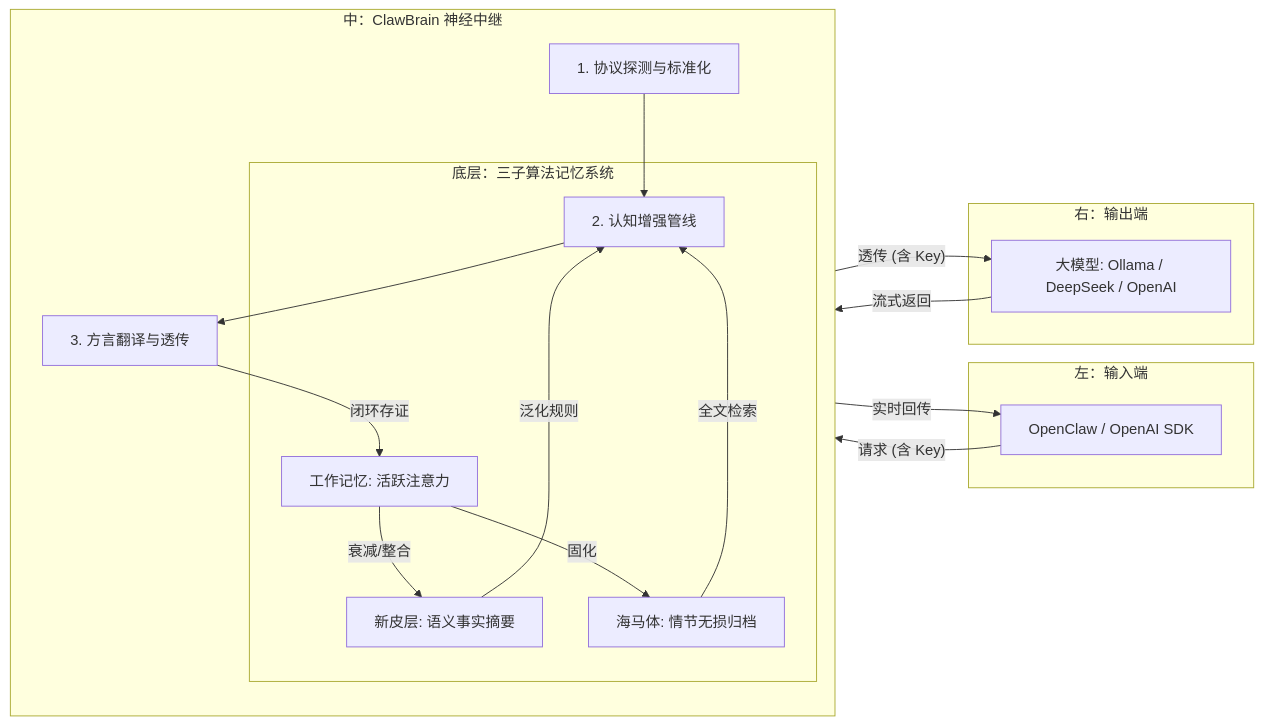
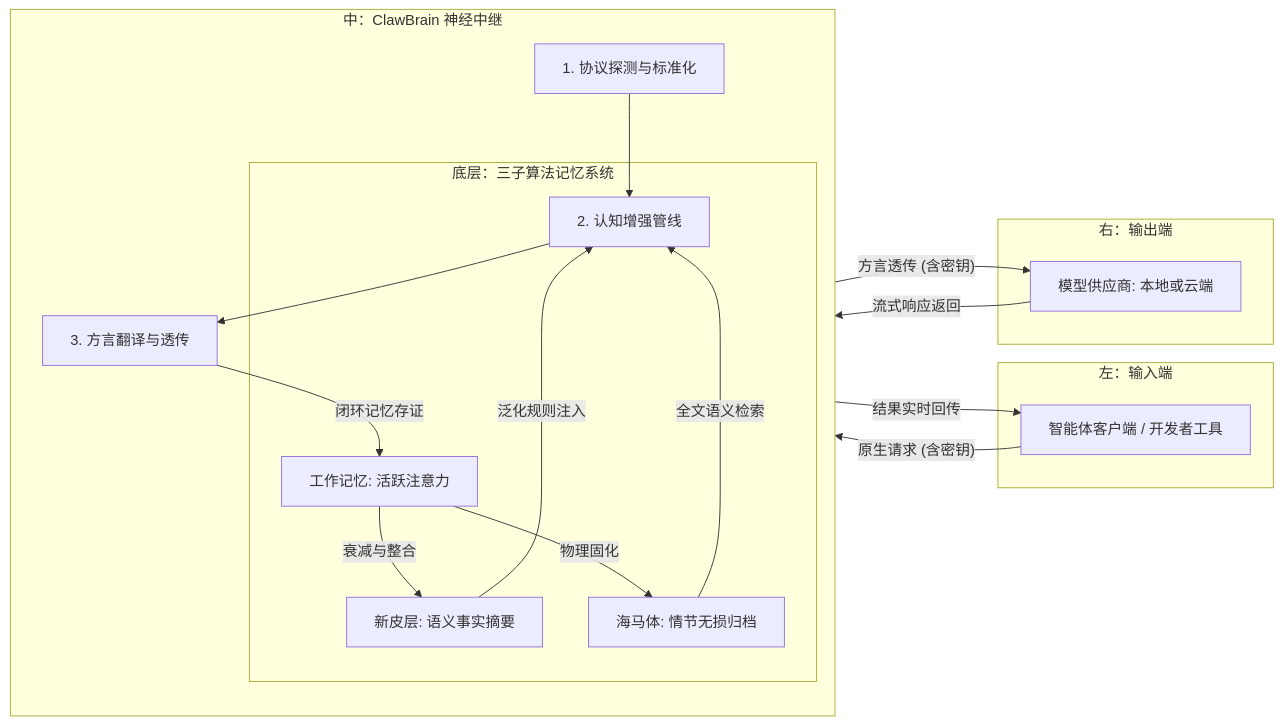
One commit to winnerineast/ClawBrain changed the diagram in README.md. Above: the diagram before and after it, drawn with Mermaid. The commit also changed other lines of this file and 1 other file, not shown here.

````diff
--- a/README.md
+++ b/README.md
@@ -25,39 +25,39 @@
 ```mermaid
 graph LR
     subgraph Client_Side [左：输入端]
-        OC[OpenClaw / OpenAI SDK]
+        OC[智能体客户端 / 开发者工具]
     end
 
     subgraph Relay_Core [中：ClawBrain 神经中继]
         direction TB
         Ingress[1. 协议探测与标准化]
         Process[2. 认知增强管线]
         Egress[3. 方言翻译与透传]
         
         subgraph Neural_Engine [底层：三子算法记忆系统]
             WM[工作记忆: 活跃注意力]
             NC[新皮层: 语义事实摘要]
             HP[海马体: 情节无损归档]
             
             %% 记忆内部流动
-            WM -- 衰减/整合 --> NC
-            WM -- 固化 --> HP
-            NC -- 泛化规则 --> Process
-            HP -- 全文检索 --> Process
+            WM -- 衰减与整合 --> NC
+            WM -- 物理固化 --> HP
+            NC -- 泛化规则注入 --> Process
+            HP -- 全文语义检索 --> Process
         end
         
         Ingress --> Process
         Process --> Egress
     end
 
     subgraph Provider_Side [右：输出端]
-        LLM[大模型: Ollama / DeepSeek / OpenAI]
+        LLM[模型供应商: 本地或云端]
     end
 
     %% 主流向
-    OC -- "请求 (含 Key)" --> Ingress
-    Egress -- "透传 (含 Key)" --> LLM
-    LLM -- "流式返回" --> Egress
-    Egress -- "闭环存证" --> WM
-    Egress -- "实时回传" --> OC
+    OC -- "原生请求 (含密钥)" --> Ingress
+    Egress -- "方言透传 (含密钥)" --> LLM
+    LLM -- "流式响应返回" --> Egress
+    Egress -- "闭环记忆存证" --> WM
+    Egress -- "结果实时回传" --> OC
 ```
````
